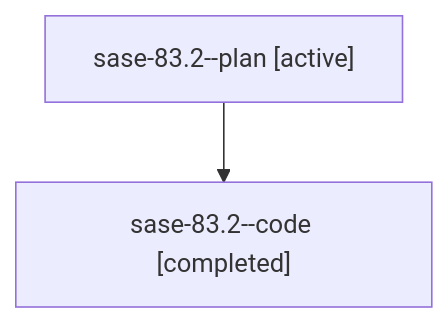
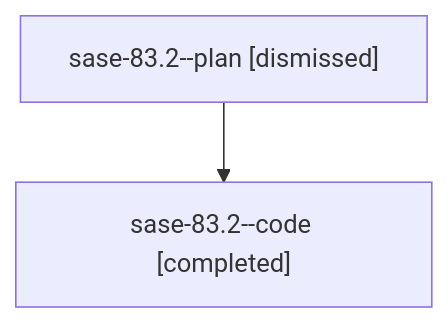
Before and after one commit to sase-org/sase--agents: the diagram in sessions/bbugyi200.athena.sase-83.2.md, drawn with Mermaid. The commit also changed other lines of this file and 88 other files, not shown here.

````diff
--- a/sessions/bbugyi200.athena.sase-83.2.md
+++ b/sessions/bbugyi200.athena.sase-83.2.md
@@ -9,6 +9,6 @@
 ```mermaid
 flowchart TD
-  n0["sase-83.2--plan [active]"]
+  n0["sase-83.2--plan [dismissed]"]
   n1["sase-83.2--code [completed]"]
   n0 --> n1
 ```
````
